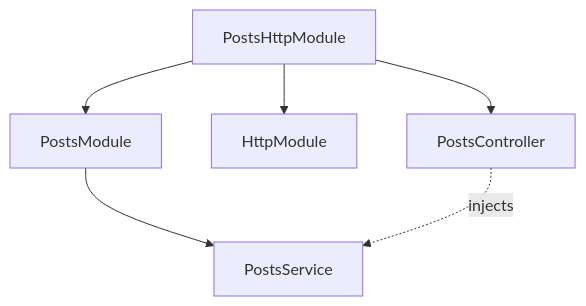
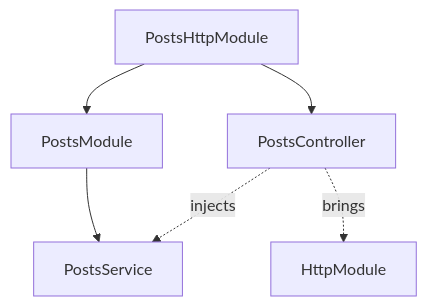
Before and after one commit to YV17labs/NestRS: the second of 4 diagrams in docs/src/content/docs/fundamentals/modules.mdx, drawn with Mermaid. The commit also changed other lines of this file and 124 other files, not shown here.

````diff
--- a/docs/src/content/docs/fundamentals/modules.mdx
+++ b/docs/src/content/docs/fundamentals/modules.mdx
@@ -120,8 +116,8 @@
 ```mermaid
 flowchart TB
   PM[PostsModule] --> PS[PostsService]
   PHM[PostsHttpModule] --> PM
-  PHM --> HM[HttpModule]
   PHM --> PC[PostsController]
   PC -. "injects" .-> PS
+  PC -. "brings" .-> HM[HttpModule]
 ```
````
